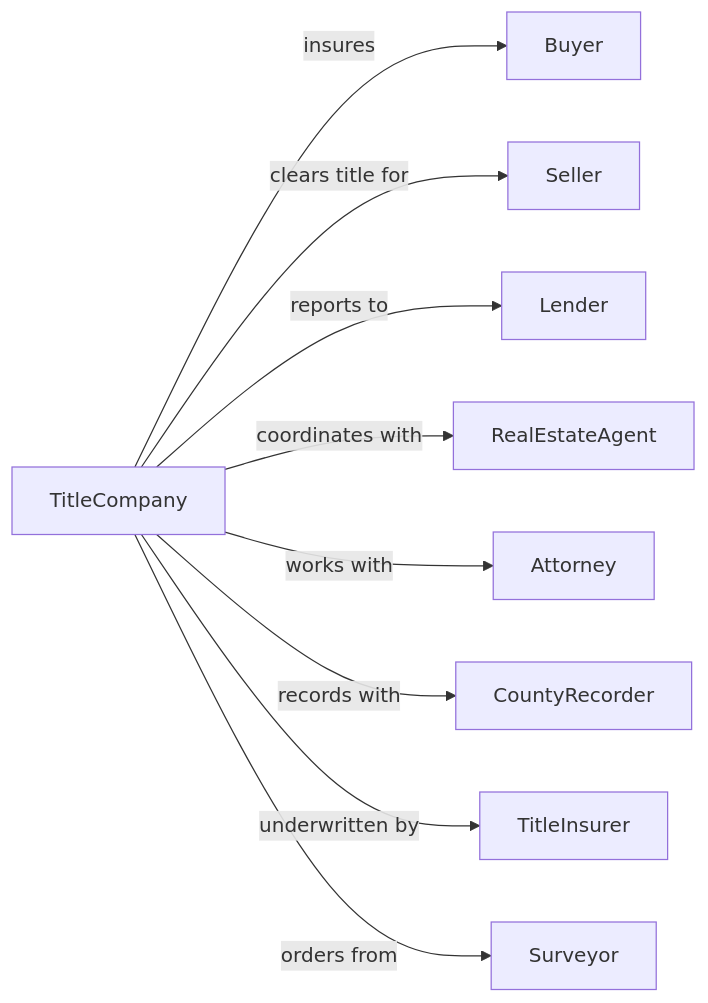
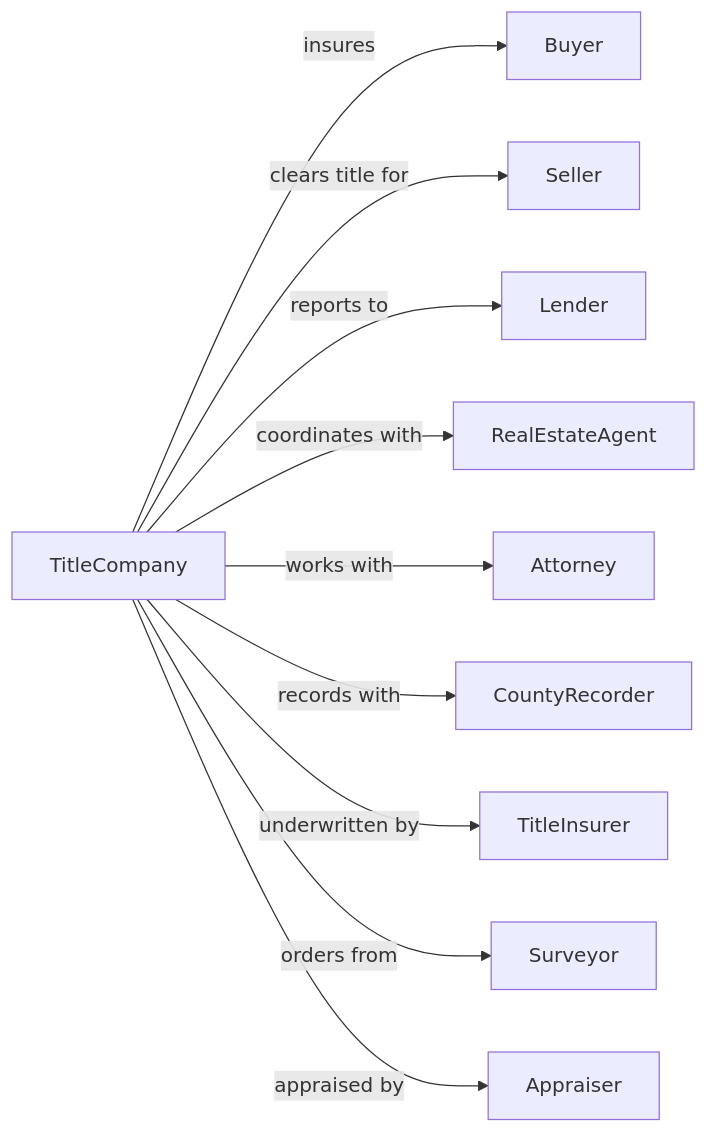
The second of 2 diagrams in Professional/Professional/LegalServices/TitleAbstractAndSettlementOffices.mdx (dot-org-ai/industries.org.ai), drawn with Mermaid before and after one commit. The commit also changed other lines of this file and 588 other files, not shown here.

````diff
--- a/Professional/Professional/LegalServices/TitleAbstractAndSettlementOffices.mdx
+++ b/Professional/Professional/LegalServices/TitleAbstractAndSettlementOffices.mdx
@@ -129,13 +129,14 @@
 ```mermaid
 graph LR
     T[TitleCompany]
 
     T -->|insures| Buyer
     T -->|clears title for| Seller
     T -->|reports to| Lender
     T -->|coordinates with| RealEstateAgent
     T -->|works with| Attorney
     T -->|records with| CountyRecorder
     T -->|underwritten by| TitleInsurer
     T -->|orders from| Surveyor
+    T -->|appraised by| Appraiser
 ```
````
